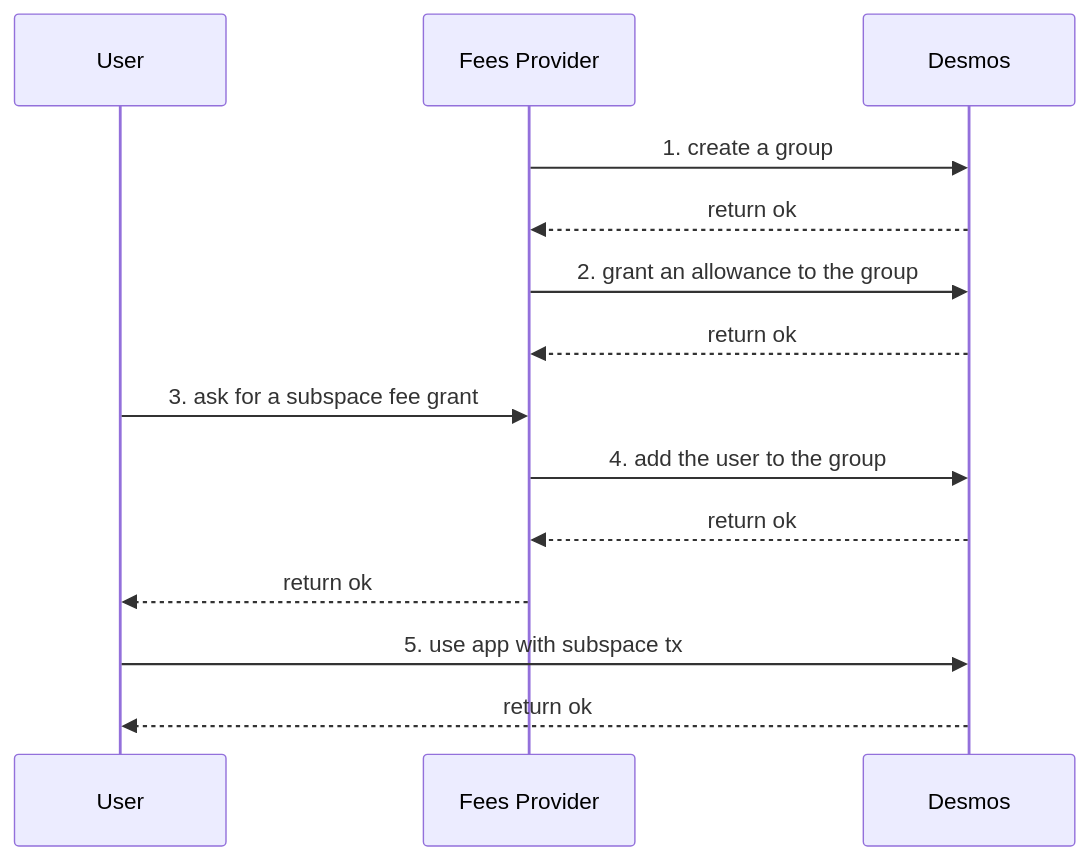
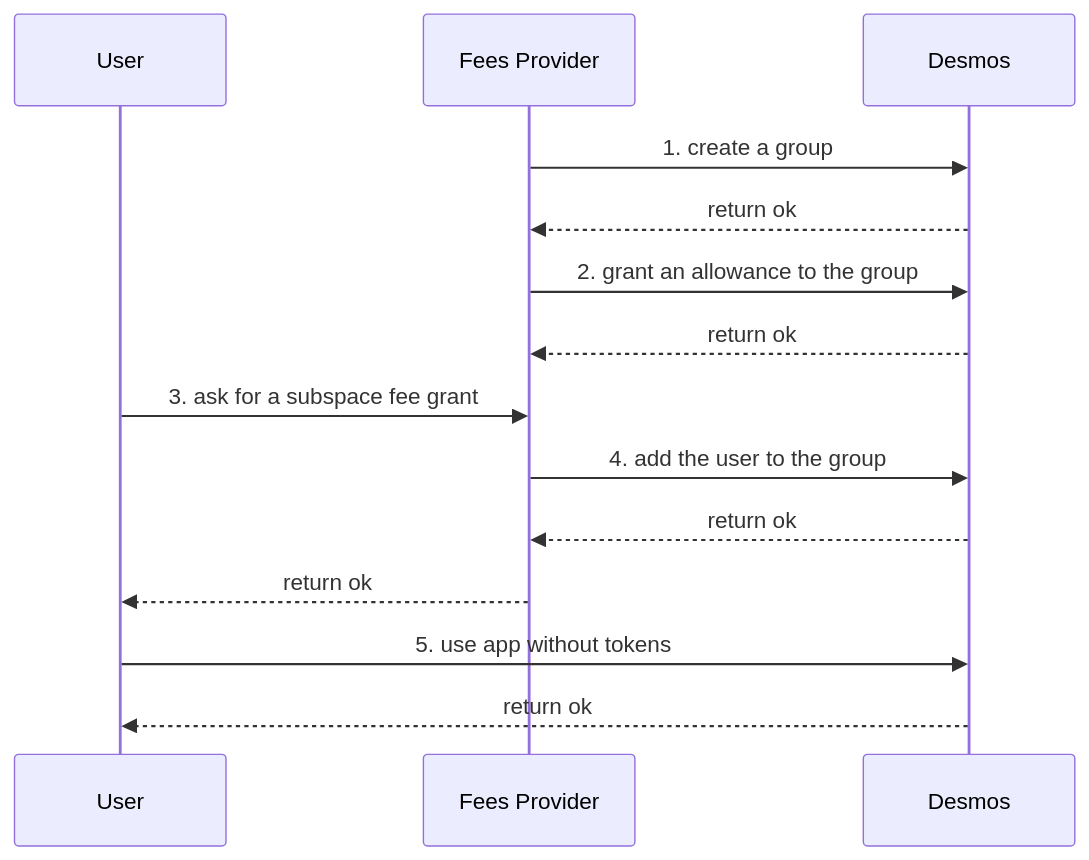
The second of 3 diagrams in docs/architecture/adr-017-subspace-fee-grant.md (desmos-labs/desmos), drawn with Mermaid before and after one commit. The commit also changed other lines of this file, not shown here.

````diff
--- a/docs/architecture/adr-017-subspace-fee-grant.md
+++ b/docs/architecture/adr-017-subspace-fee-grant.md
@@ -54,19 +54,19 @@
 ```mermaid
 sequenceDiagram
     participant User
     participant Fees Provider
     participant Desmos
     
     Fees Provider->>Desmos: 1. create a group
     Desmos-->>Fees Provider: return ok
     Fees Provider->>Desmos: 2. grant an allowance to the group
     Desmos-->>Fees Provider: return ok
     
     User->>Fees Provider: 3. ask for a subspace fee grant
     Fees Provider->>Desmos: 4. add the user to the group
     Desmos-->>Fees Provider:  return ok
     Fees Provider-->>User: return ok
 
-    User->>Desmos: 5. use app with subspace tx
+    User->>Desmos: 5. use app without tokens
     Desmos-->>User: return ok
 ```
````
